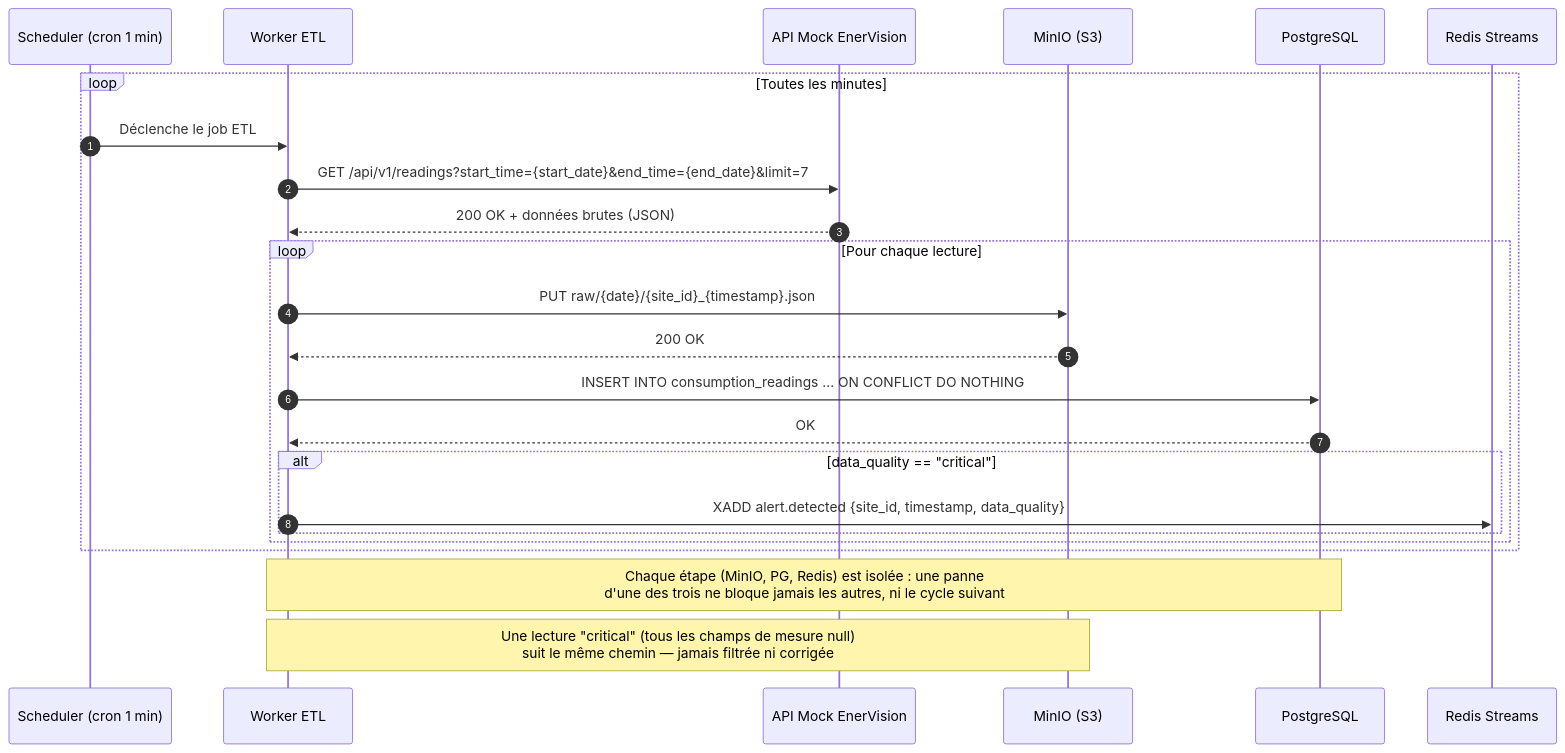
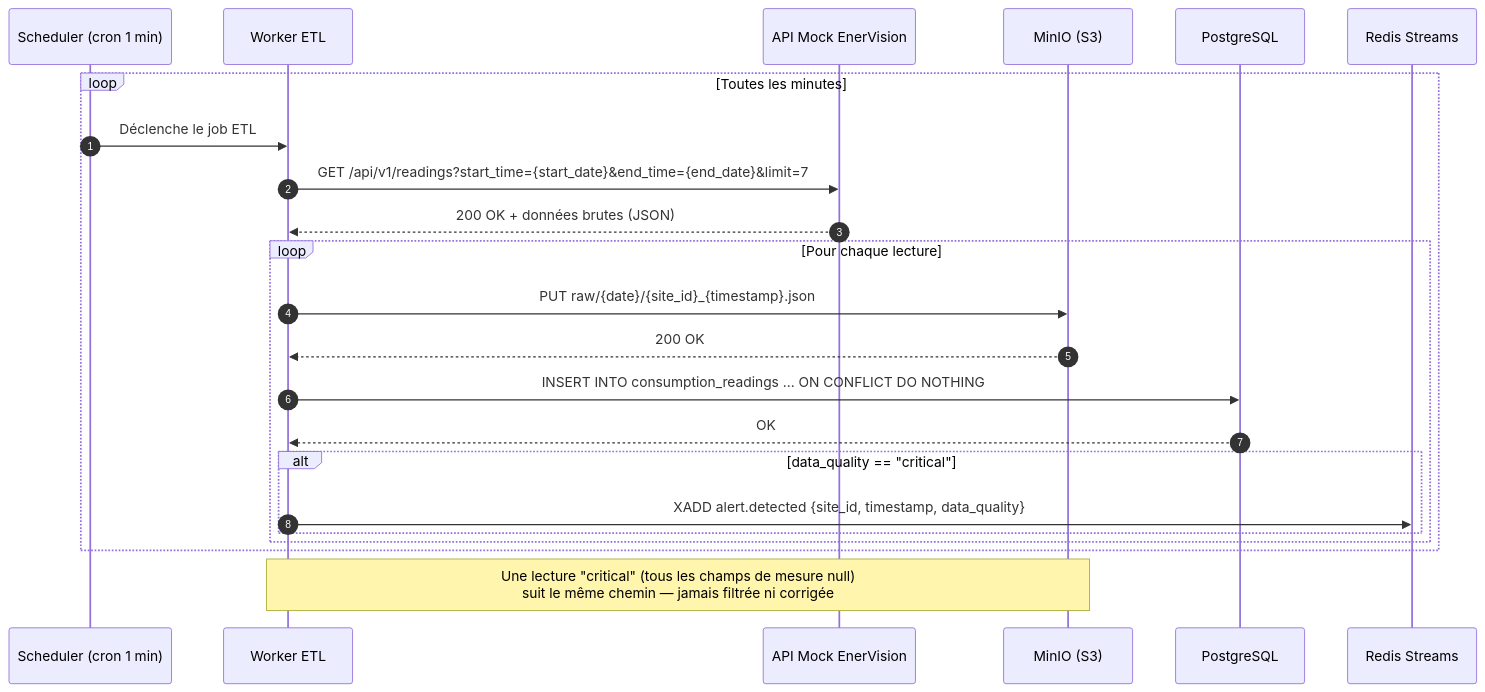
The diagram in docs/seq_etl.md (PetitPingu/EnerVision), drawn with Mermaid before and after one commit.

Commit message:
feat: delete notes

````diff
--- a/docs/seq_etl.md
+++ b/docs/seq_etl.md
@@ -11,29 +11,27 @@
 ```mermaid
 sequenceDiagram
     autonumber
     participant Cron as Scheduler (cron 1 min)
     participant Worker as Worker ETL
     participant Mock as API Mock EnerVision
     participant MinIO as MinIO (S3)
     participant PG as PostgreSQL
     participant Redis as Redis Streams
 
     loop Toutes les minutes
         Cron->>Worker: Déclenche le job ETL
         Worker->>Mock: GET /api/v1/readings?start_time={start_date}&end_time={end_date}&limit=7
         Mock-->>Worker: 200 OK + données brutes (JSON)
 
         loop Pour chaque lecture
             Worker->>MinIO: PUT raw/{date}/{site_id}_{timestamp}.json
             MinIO-->>Worker: 200 OK
             Worker->>PG: INSERT INTO consumption_readings ... ON CONFLICT DO NOTHING
             PG-->>Worker: OK
             alt data_quality == "critical"
                 Worker->>Redis: XADD alert.detected {site_id, timestamp, data_quality}
             end
         end
     end
-
-    Note over Worker,PG: Chaque étape (MinIO, PG, Redis) est isolée : une panne<br/>d'une des trois ne bloque jamais les autres, ni le cycle suivant
     Note over Worker,MinIO: Une lecture "critical" (tous les champs de mesure null)<br/>suit le même chemin — jamais filtrée ni corrigée
 ```
````
